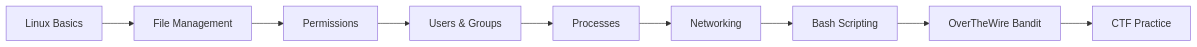
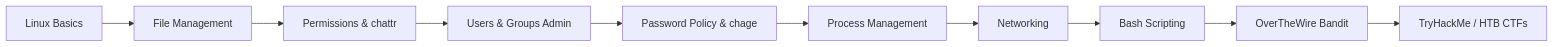
The diagram in linux tutorial.md (Youhana-Emad1/labs-over-the-wire), drawn with Mermaid before and after one commit. The commit also changed other lines of this file, not shown here.

````diff
--- a/linux tutorial.md
+++ b/linux tutorial.md
@@ -640,11 +1805,12 @@
 ```mermaid
 flowchart LR
     A[Linux Basics] --> B[File Management]
-    B --> C[Permissions]
-    C --> D[Users & Groups]
-    D --> E[Processes]
-    E --> F[Networking]
-    F --> G[Bash Scripting]
-    G --> H[OverTheWire Bandit]
-    H --> I[CTF Practice]
+    B --> C[Permissions & chattr]
+    C --> D[Users & Groups Admin]
+    D --> E[Password Policy & chage]
+    E --> F[Process Management]
+    F --> G[Networking]
+    G --> H[Bash Scripting]
+    H --> I[OverTheWire Bandit]
+    I --> J[TryHackMe / HTB CTFs]
 ```
````
